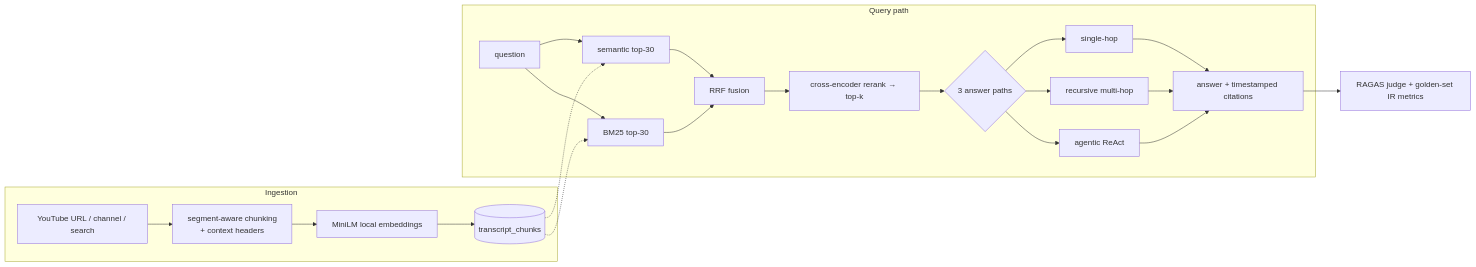
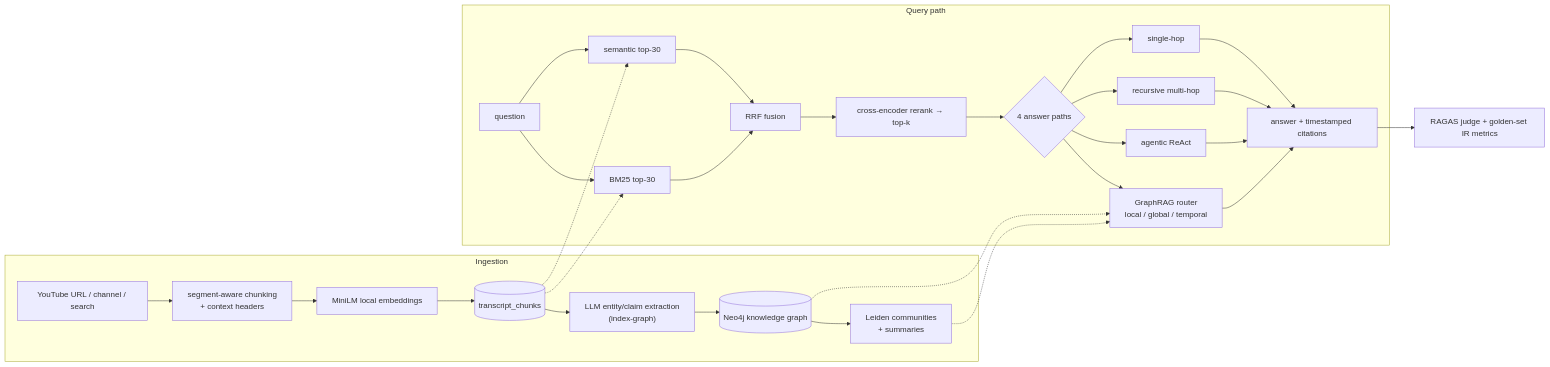
The diagram in readme.md (nmp-dsci/transcript-rag-agent), drawn with Mermaid before and after one commit. The commit also changed other lines of this file and 104 other files, not shown here.

First line of the commit message:
feat(rag): add the GraphRAG answer path with a Neo4j knowledge graph and judged matrix evals (#7)

````diff
--- a/readme.md
+++ b/readme.md
@@ -26,22 +27,27 @@
 ```mermaid
 flowchart LR
   subgraph ING["Ingestion"]
     U["YouTube URL / channel / search"] --> CH["segment-aware chunking<br/>+ context headers"]
     CH --> EMB["MiniLM local embeddings"] --> TC[("transcript_chunks")]
+    TC --> GEX["LLM entity/claim extraction<br/>(index-graph)"] --> GS[("Neo4j knowledge graph")]
+    GS --> COM["Leiden communities<br/>+ summaries"]
   end
   subgraph QRY["Query path"]
     Q["question"] --> SEM["semantic top-30"]
     Q --> BM["BM25 top-30"]
     SEM --> RRF["RRF fusion"]
     BM --> RRF
     RRF --> RER["cross-encoder rerank → top-k"]
-    RER --> A{"3 answer paths"}
+    RER --> A{"4 answer paths"}
     A --> A1["single-hop"]
     A --> A2["recursive multi-hop"]
     A --> A3["agentic ReAct"]
-    A1 & A2 & A3 --> ANS["answer + timestamped citations"]
+    A --> A4["GraphRAG router<br/>local / global / temporal"]
+    A1 & A2 & A3 & A4 --> ANS["answer + timestamped citations"]
   end
   TC -.-> SEM
   TC -.-> BM
+  GS -.-> A4
+  COM -.-> A4
   ANS --> J["RAGAS judge + golden-set IR metrics"]
 ```
````
